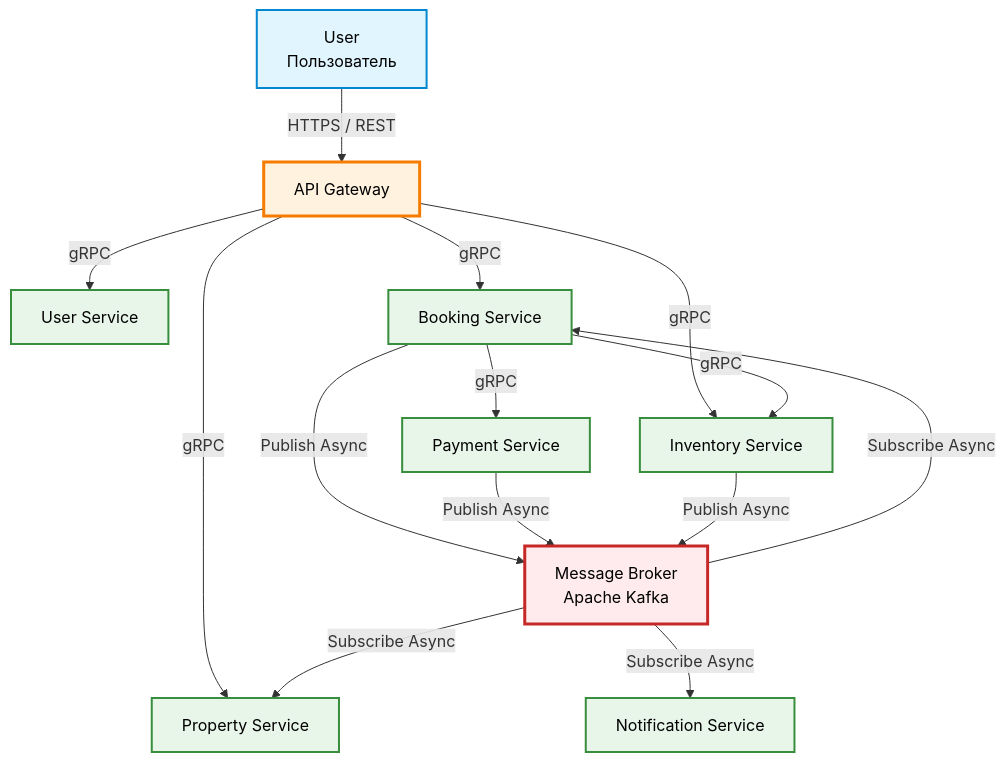
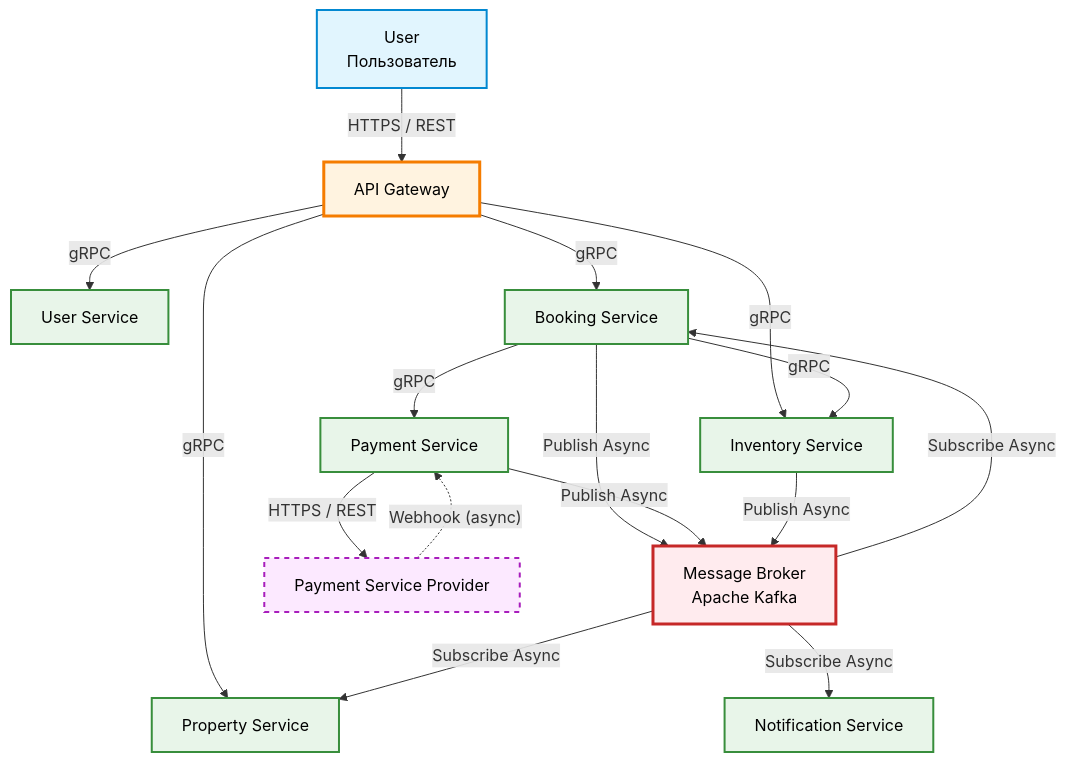
One commit to rdnsr/otus-homework-2026 changed the diagram in hw_02/solution/README.md. Above: the diagram before and after it, drawn with Mermaid. The commit also changed other lines of this file, not shown here.

````diff
--- a/hw_02/solution/README.md
+++ b/hw_02/solution/README.md
@@ -69,47 +82,54 @@
 ```mermaid
 graph TD
     %% Клиенты
     Person["User<br/>Пользователь"]
 
     %% Сервисы
     Gateway["API Gateway"]
     User["User Service"]
     Property["Property Service"]
     Inventory["Inventory Service"]
     Booking["Booking Service"]
     Payment["Payment Service"]
     Notif["Notification Service"]
     Kafka["Message Broker<br/>Apache Kafka"]
+    PSP["Payment Service Provider"]
 
     %% Клиентские запросы
     Person -->|"HTTPS / REST"| Gateway
+
+    %% Взаимодействие с платежным шлюзом
+    Payment -->|"HTTPS / REST"| PSP
+    PSP -.->|"Webhook (async)"| Payment
 
     %% Синхронные gRPC вызовы
     Gateway -->|"gRPC"| User
     Gateway -->|"gRPC"| Property
     Gateway -->|"gRPC"| Booking
     Gateway -->|"gRPC"| Inventory
     Booking -->|"gRPC"| Inventory
     Booking -->|"gRPC"| Payment
 
     %% Асинхронные события
     Booking -->|"Publish Async"| Kafka
     Payment -->|"Publish Async"| Kafka
     Inventory -->|"Publish Async"| Kafka
 
     Kafka -->|"Subscribe Async"| Notif
     Kafka -->|"Subscribe Async"| Booking
     Kafka -->|"Subscribe Async"| Property
 
     %% Стилизация
     classDef person fill:#e1f5fe,stroke:#0288d1,stroke-width:2px,color:#000
     classDef gateway fill:#fff3e0,stroke:#f57c00,stroke-width:3px,color:#000
     classDef service fill:#e8f5e9,stroke:#388e3c,stroke-width:2px,color:#000
     classDef broker fill:#ffebee,stroke:#c62828,stroke-width:3px,color:#000
     classDef db fill:#f3e5f5,stroke:#7b1fa2,stroke-width:2px,color:#000
+    classDef external fill:#fce9ff,stroke:#a81dbc,stroke-width:2px,stroke-dasharray: 5 5,color:#000
 
     class Person person
     class Gateway gateway
     class User,Property,Inventory,Booking,Payment,Notif service
     class Kafka broker
+    class PSP external
 ```
````
